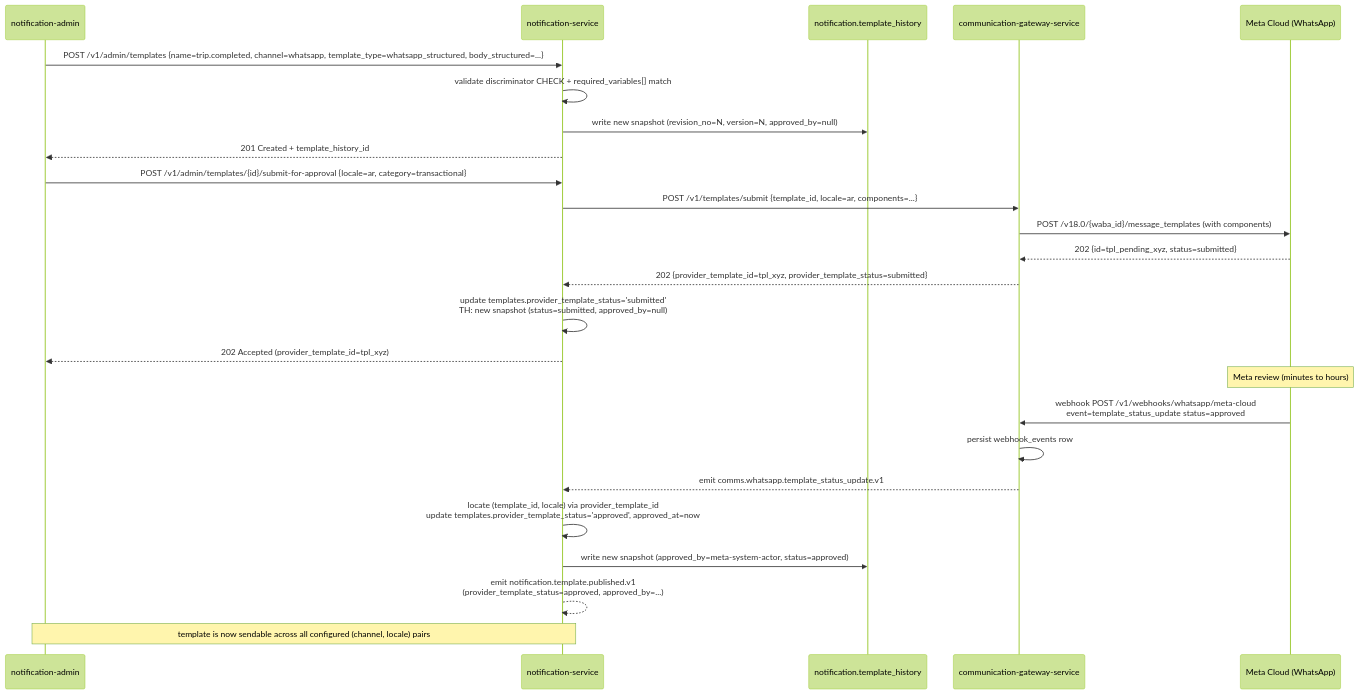
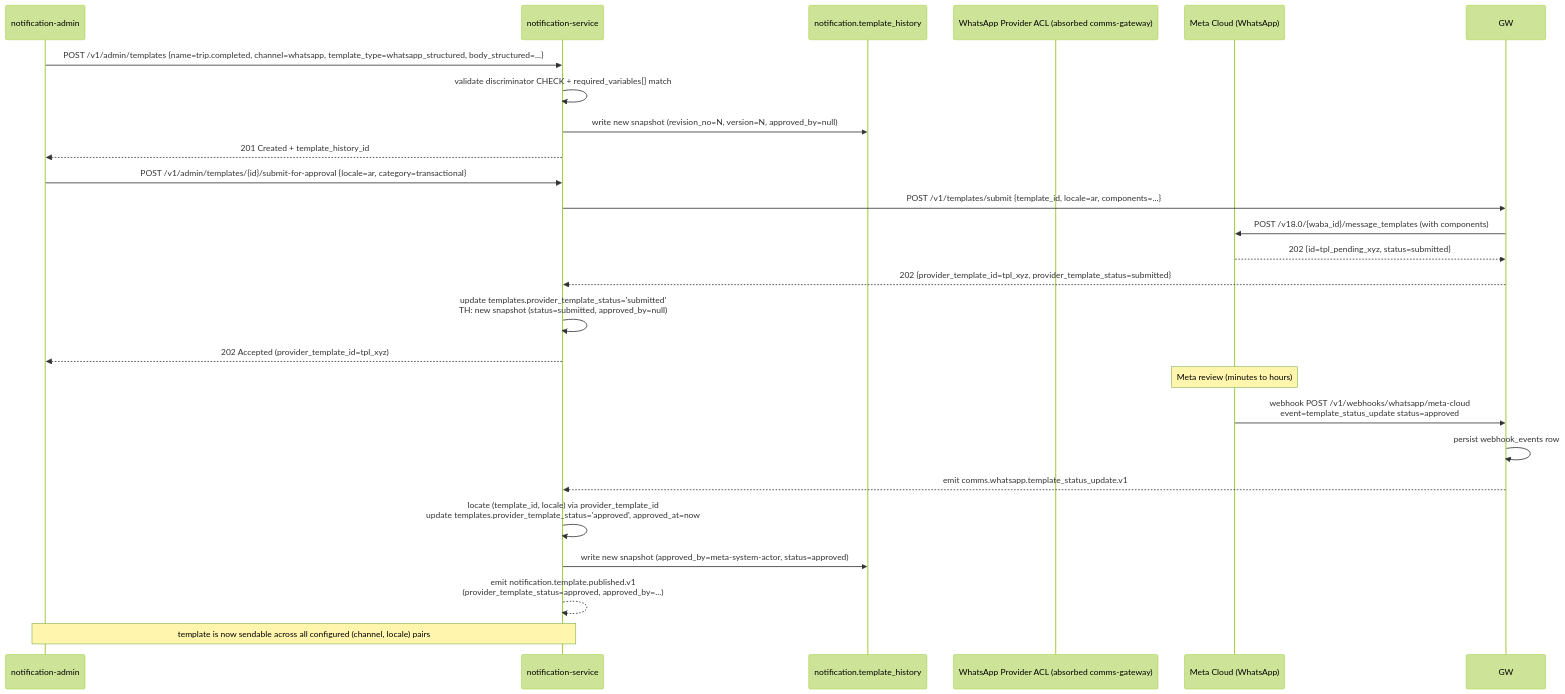
The second of 3 diagrams in docs/services/notification-service/seeds/RENDERING_DEMO.md (mohamedhabibwork/trips-enjoy-docs), drawn with Mermaid (forest theme) before and after one commit. The commit also changed other lines of this file and 525 other files, not shown here.

````diff
--- a/docs/services/notification-service/seeds/RENDERING_DEMO.md
+++ b/docs/services/notification-service/seeds/RENDERING_DEMO.md
@@ -245,28 +247,28 @@
 ```mermaid
 sequenceDiagram
     participant Admin as notification-admin
     participant NS as notification-service
     participant TH as notification.template_history
-    participant GW as communication-gateway-service
+    participant Provider as WhatsApp Provider ACL (absorbed comms-gateway)
     participant Meta as Meta Cloud (WhatsApp)
 
     Admin->>NS: POST /v1/admin/templates {name=trip.completed, channel=whatsapp, template_type=whatsapp_structured, body_structured=...}
     NS->>NS: validate discriminator CHECK + required_variables[] match
     NS->>TH: write new snapshot (revision_no=N, version=N, approved_by=null)
     NS-->>Admin: 201 Created + template_history_id
     Admin->>NS: POST /v1/admin/templates/{id}/submit-for-approval {locale=ar, category=transactional}
     NS->>GW: POST /v1/templates/submit {template_id, locale=ar, components=...}
     GW->>Meta: POST /v18.0/{waba_id}/message_templates (with components)
     Meta-->>GW: 202 {id=tpl_pending_xyz, status=submitted}
     GW-->>NS: 202 {provider_template_id=tpl_xyz, provider_template_status=submitted}
     NS->>NS: update templates.provider_template_status='submitted'<br/>TH: new snapshot (status=submitted, approved_by=null)
     NS-->>Admin: 202 Accepted (provider_template_id=tpl_xyz)
     Note over Meta: Meta review (minutes to hours)
     Meta->>GW: webhook POST /v1/webhooks/whatsapp/meta-cloud<br/>event=template_status_update status=approved
     GW->>GW: persist webhook_events row
     GW-->>NS: emit comms.whatsapp.template_status_update.v1
     NS->>NS: locate (template_id, locale) via provider_template_id<br/>update templates.provider_template_status='approved', approved_at=now
     NS->>TH: write new snapshot (approved_by=meta-system-actor, status=approved)
     NS-->>NS: emit notification.template.published.v1<br/>(provider_template_status=approved, approved_by=...)
     Note over NS,Admin: template is now sendable across all configured (channel, locale) pairs
 ```
````
